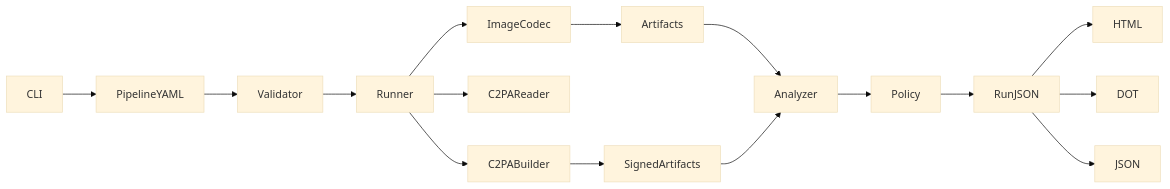
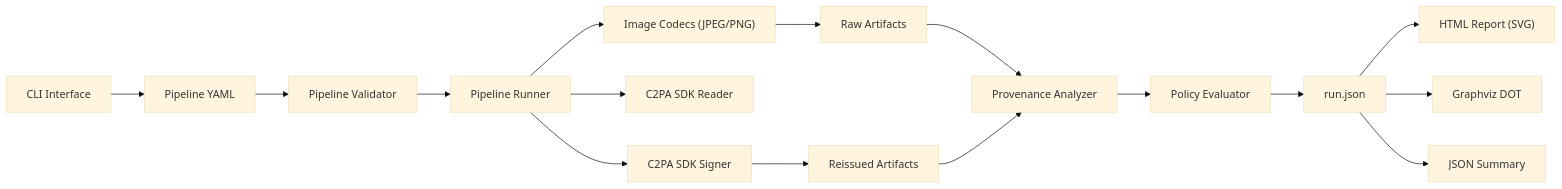
Before and after one commit to ranajahanzaib/ai-media-provenance-checker: the diagram in README.md, drawn with Mermaid (base theme). The commit also changed other lines of this file and 6 other files, not shown here.

````diff
--- a/README.md
+++ b/README.md
@@ -57,13 +245,18 @@
 ```mermaid
 flowchart LR
-  CLI --> PipelineYAML --> Validator --> Runner
-  Runner --> ImageCodec --> Artifacts
-  Runner --> C2PAReader
-  Runner --> C2PABuilder --> SignedArtifacts
-  Artifacts --> Analyzer
+  CLI["CLI Interface"] --> PipelineYAML["Pipeline YAML"]
+  PipelineYAML --> Validator["Pipeline Validator"]
+  Validator --> Runner["Pipeline Runner"]
+  Runner --> ImageCodec["Image Codecs (JPEG/PNG)"]
+  ImageCodec --> RawArtifacts["Raw Artifacts"]
+  Runner --> C2PAReader["C2PA SDK Reader"]
+  Runner --> C2PABuilder["C2PA SDK Signer"]
+  C2PABuilder --> SignedArtifacts["Reissued Artifacts"]
+  RawArtifacts --> Analyzer["Provenance Analyzer"]
   SignedArtifacts --> Analyzer
-  Analyzer --> Policy --> RunJSON
-  RunJSON --> HTML
-  RunJSON --> DOT
-  RunJSON --> JSON
+  Analyzer --> Policy["Policy Evaluator"]
+  Policy --> RunJSON["run.json"]
+  RunJSON --> HTMLReport["HTML Report (SVG)"]
+  RunJSON --> DOTReport["Graphviz DOT"]
+  RunJSON --> JSONReport["JSON Summary"]
 ```
````
